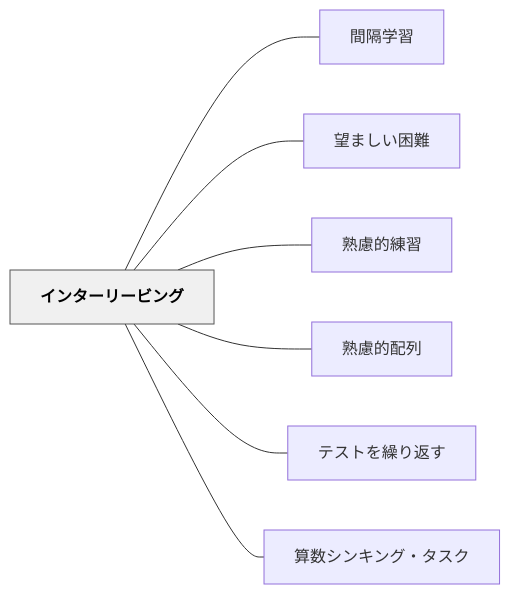
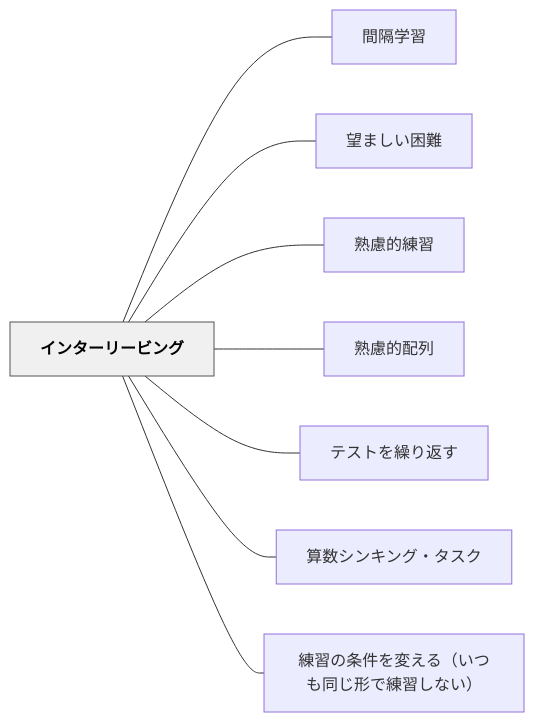
The diagram in content/パタン/インターリービング.md (unknownthings-ed-patterns/unknownthings-ed-patterns), drawn with Mermaid before and after one commit. The commit also changed other lines of this file and 15 other files, not shown here.

````diff
--- a/content/パタン/インターリービング.md
+++ b/content/パタン/インターリービング.md
@@ -138,20 +140,22 @@
 ```mermaid
 flowchart LR
     ne382a4e383b3e382bfe383bce383aae383bce38393e383b3e382b0["インターリービング"]
     ne99693e99a94e5ada6e7bf92["間隔学習"]
     ne69c9be381bee38197e38184e59bb0e99ba3["望ましい困難"]
     ne7869fe685aee79a84e7b7b4e7bf92["熟慮的練習"]
     ne7869fe685aee79a84e9858de58897["熟慮的配列"]
     ne38386e382b9e38388e38292e7b9b0e3828ae8bf94e38199["テストを繰り返す"]
     ne7ae97e695b0e382b7e383b3e382ade383b3e382b0e383bbe382bfe382b9e382af["算数シンキング・タスク"]
+    ne7b7b4e7bf92e381aee69da1e4bbb6e38292e5a489e38188e3828befbc88e38184e381a4e38282e5908ce38198e5bda2e381a7e7b7b4e7bf92e38197e381aae38184efbc89["練習の条件を変える（いつも同じ形で練習しない）"]
 
     ne382a4e383b3e382bfe383bce383aae383bce38393e383b3e382b0 --- ne99693e99a94e5ada6e7bf92
     ne382a4e383b3e382bfe383bce383aae383bce38393e383b3e382b0 --- ne69c9be381bee38197e38184e59bb0e99ba3
     ne382a4e383b3e382bfe383bce383aae383bce38393e383b3e382b0 --- ne7869fe685aee79a84e7b7b4e7bf92
     ne382a4e383b3e382bfe383bce383aae383bce38393e383b3e382b0 --- ne7869fe685aee79a84e9858de58897
     ne382a4e383b3e382bfe383bce383aae383bce38393e383b3e382b0 --- ne38386e382b9e38388e38292e7b9b0e3828ae8bf94e38199
     ne382a4e383b3e382bfe383bce383aae383bce38393e383b3e382b0 --- ne7ae97e695b0e382b7e383b3e382ade383b3e382b0e383bbe382bfe382b9e382af
+    ne382a4e383b3e382bfe383bce383aae383bce38393e383b3e382b0 --- ne7b7b4e7bf92e381aee69da1e4bbb6e38292e5a489e38188e3828befbc88e38184e381a4e38282e5908ce38198e5bda2e381a7e7b7b4e7bf92e38197e381aae38184efbc89
 
     classDef hub fill:#f0f0f0,stroke:#555,color:#000,font-weight:bold
     class ne382a4e383b3e382bfe383bce383aae383bce38393e383b3e382b0 hub
 ```
````
